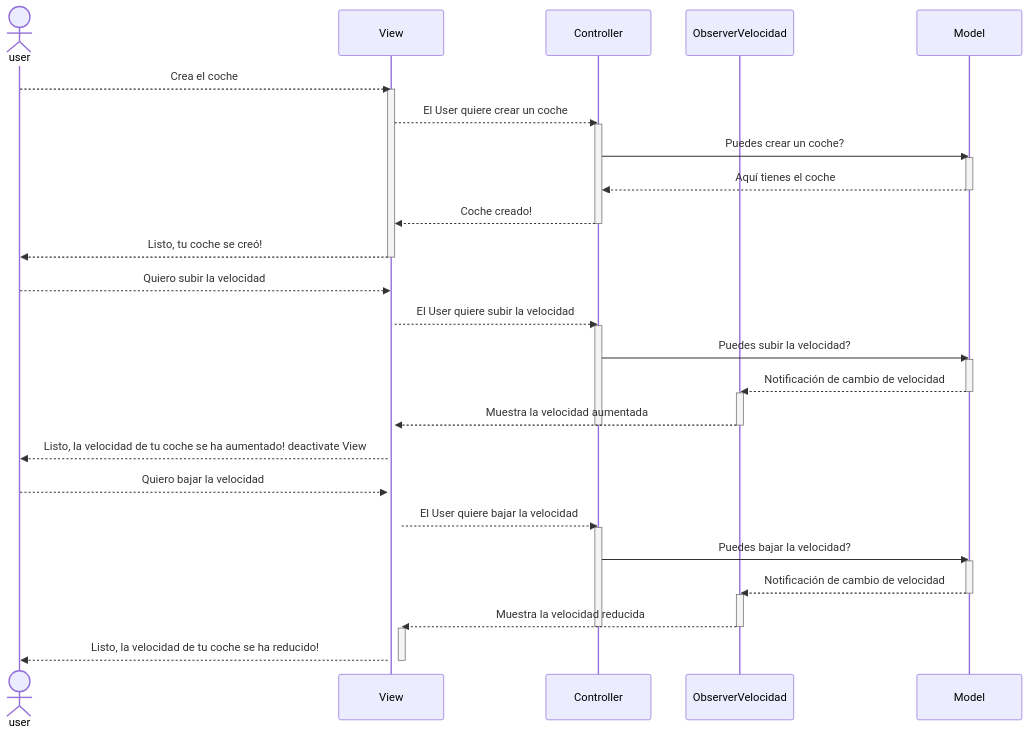
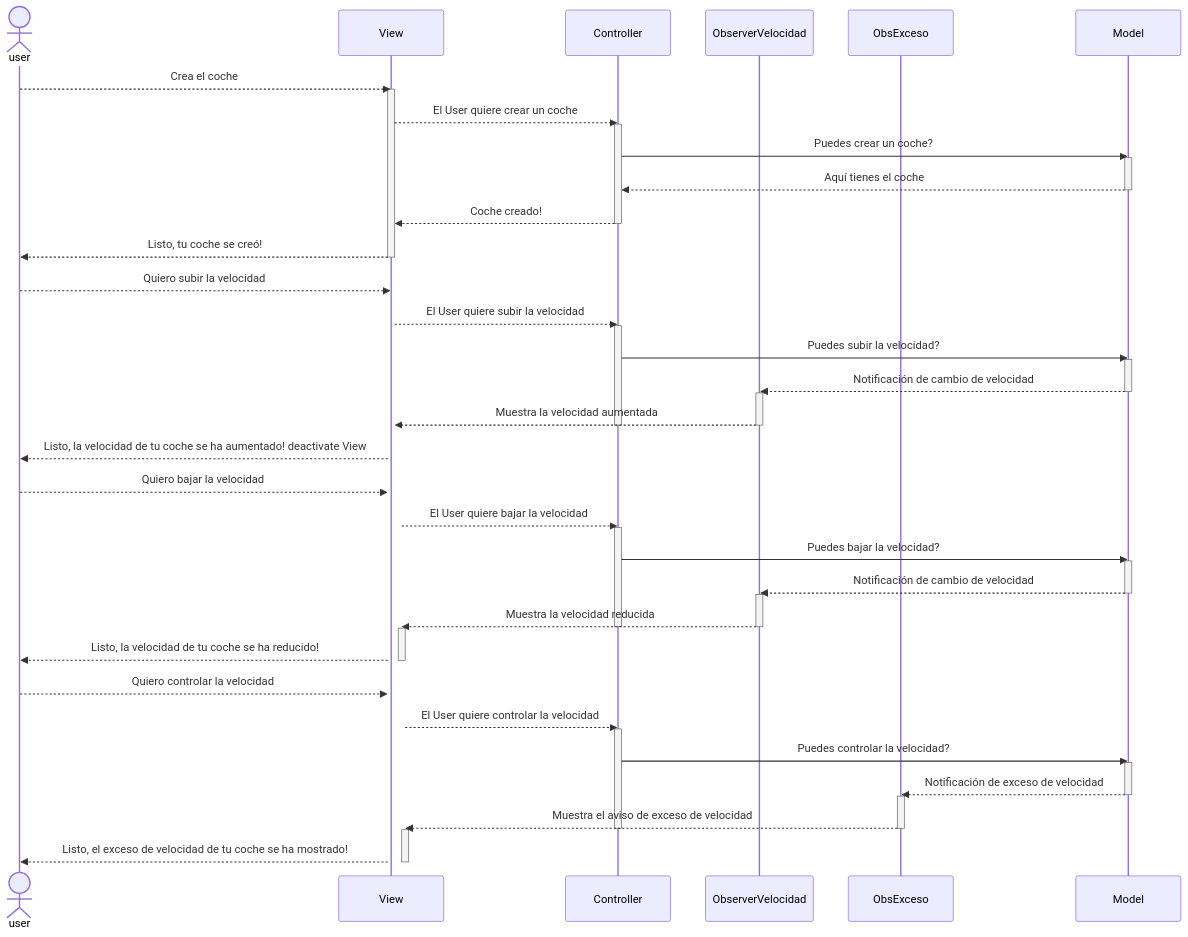
The second of 3 diagrams in Readme.md (LuciaB16/MVC_coches), drawn with Mermaid before and after one commit. The commit also changed other lines of this file, not shown here.

````diff
--- a/Readme.md
+++ b/Readme.md
@@ -65,50 +70,66 @@
 ```mermaid
 sequenceDiagram
     actor user
     participant View
     participant Controller
     participant ObserverVelocidad
+    participant ObsExceso
     participant Model
     
     user-->>View: Crea el coche
     activate View
     View-->>Controller: El User quiere crear un coche
     activate Controller
     Controller->>Model: Puedes crear un coche?
     activate Model
     Model-->>Controller: Aquí tienes el coche
     deactivate Model
     Controller-->>View: Coche creado!
     deactivate Controller
     View-->>user: Listo, tu coche se creó!
     deactivate View
     
     user-->>View: Quiero subir la velocidad
     activate View
     View-->>Controller: El User quiere subir la velocidad
     activate Controller
     Controller->>Model: Puedes subir la velocidad?
     activate Model
     Model-->>ObserverVelocidad: Notificación de cambio de velocidad
     deactivate Model
     activate ObserverVelocidad
     ObserverVelocidad-->>+View: Muestra la velocidad aumentada
     deactivate ObserverVelocidad
     deactivate Controller
     View-->>user: Listo, la velocidad de tu coche se ha aumentado!    deactivate View
     
     user-->>View: Quiero bajar la velocidad
     activate View
     View-->>Controller: El User quiere bajar la velocidad
     activate Controller
     Controller->>Model: Puedes bajar la velocidad?
     activate Model
     Model-->>ObserverVelocidad: Notificación de cambio de velocidad
     deactivate Model
     activate ObserverVelocidad
     ObserverVelocidad-->>+View: Muestra la velocidad reducida
     deactivate ObserverVelocidad
     deactivate Controller
     View-->>user: Listo, la velocidad de tu coche se ha reducido! 
     deactivate View
+    
+    user-->>View: Quiero controlar la velocidad
+    activate View
+    View-->>Controller: El User quiere controlar la velocidad
+    activate Controller
+    Controller->>Model: Puedes controlar la velocidad?
+    activate Model
+    Model-->>ObsExceso: Notificación de exceso de velocidad
+    deactivate Model
+    activate ObsExceso
+    ObsExceso-->>+View: Muestra el aviso de exceso de velocidad
+    deactivate ObsExceso
+    deactivate Controller
+    View-->>user: Listo, el exceso de velocidad de tu coche se ha mostrado! 
+    deactivate View
 ```
````
